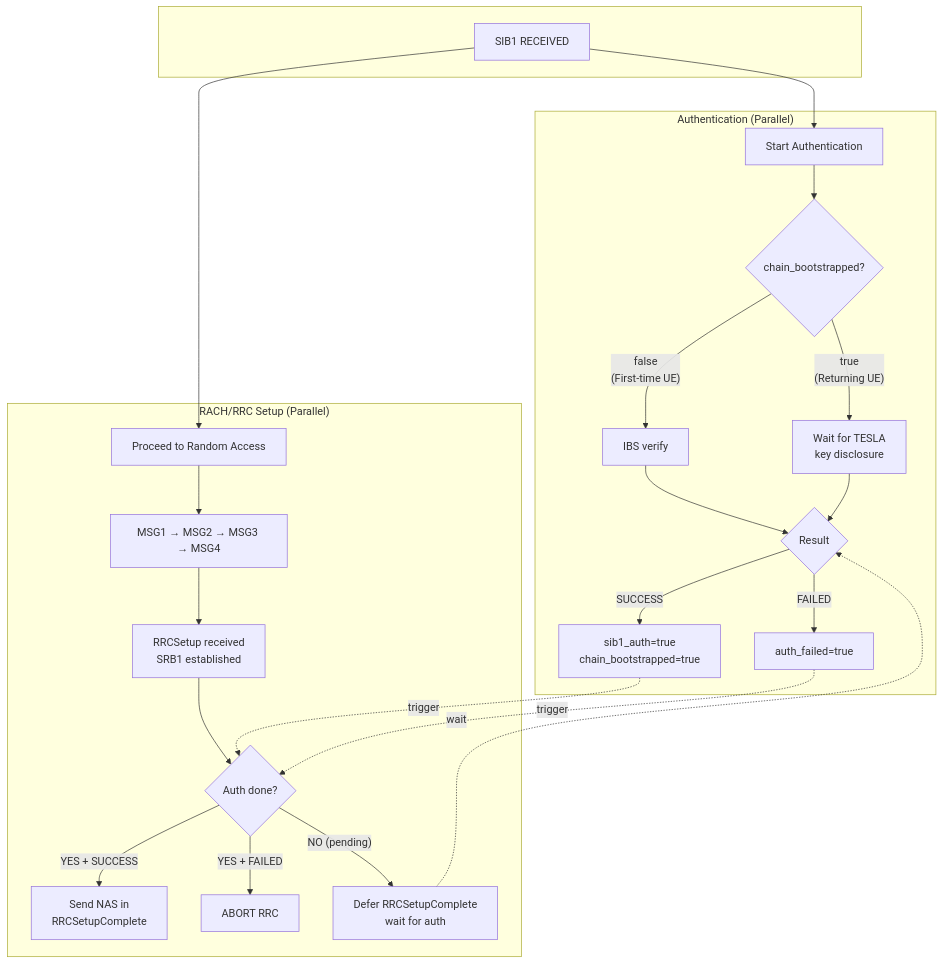
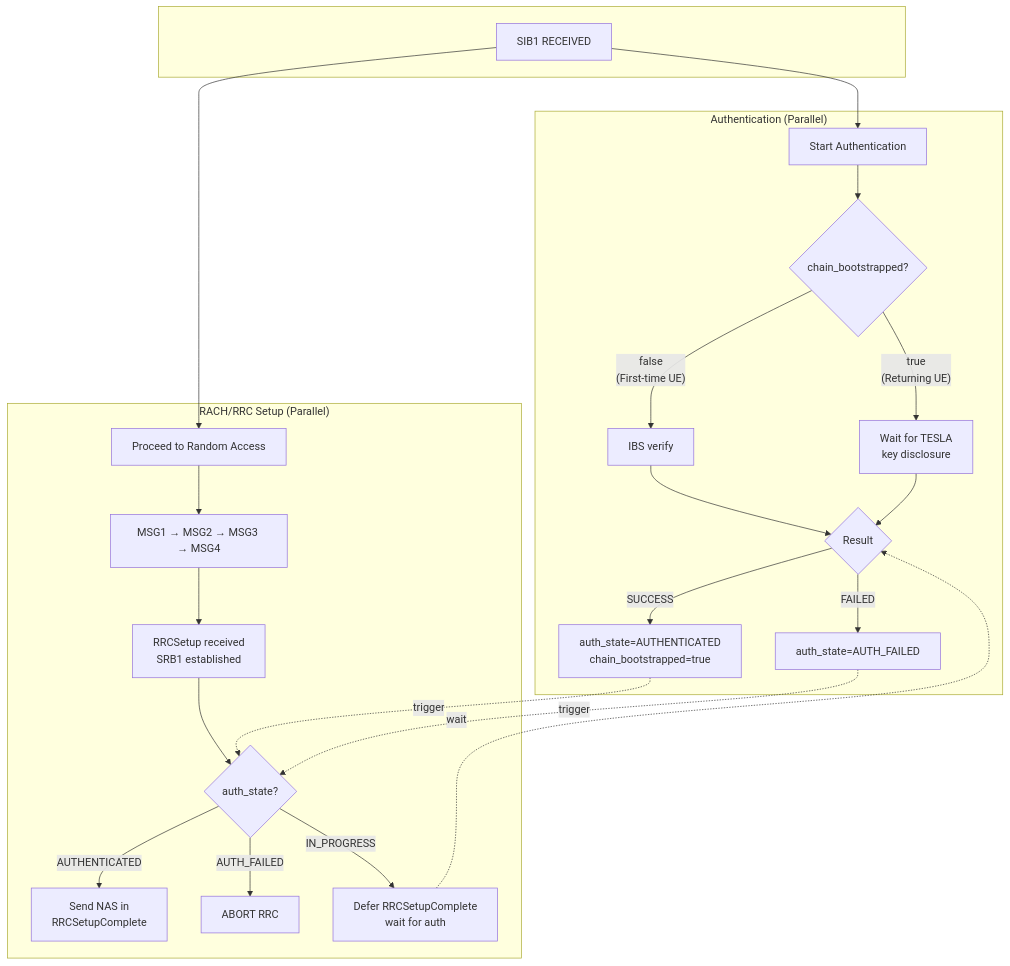
One commit to ssubinsong/oai-tf5 changed the diagram in doc-tf5/ue-implementation.md. Above: the diagram before and after it, drawn with Mermaid. The commit also changed other lines of this file and 2 other files, not shown here.

````diff
--- a/doc-tf5/ue-implementation.md
+++ b/doc-tf5/ue-implementation.md
@@ -69,35 +83,35 @@
 ```mermaid
 flowchart TB
     subgraph start[" "]
         SIB1["SIB1 RECEIVED"]
     end
 
     SIB1 --> AUTH
     SIB1 --> RACH
 
     subgraph left["Authentication (Parallel)"]
         AUTH["Start Authentication"]
         AUTH --> CHECK{"chain_bootstrapped?"}
         CHECK -->|"false<br/>(First-time UE)"| IBS["IBS verify"]
         CHECK -->|"true<br/>(Returning UE)"| TESLA["Wait for TESLA<br/>key disclosure"]
         IBS --> RESULT
         TESLA --> RESULT
         RESULT{"Result"}
-        RESULT -->|SUCCESS| SUCCESS["sib1_auth=true<br/>chain_bootstrapped=true"]
-        RESULT -->|FAILED| FAILED["auth_failed=true"]
+        RESULT -->|SUCCESS| SUCCESS["auth_state=AUTHENTICATED<br/>chain_bootstrapped=true"]
+        RESULT -->|FAILED| FAILED["auth_state=AUTH_FAILED"]
     end
 
     subgraph right["RACH/RRC Setup (Parallel)"]
         RACH["Proceed to Random Access"]
         RACH --> MSGS["MSG1 → MSG2 → MSG3 → MSG4"]
         MSGS --> RRCSETUP["RRCSetup received<br/>SRB1 established"]
-        RRCSETUP --> GATE{"Auth done?"}
-        GATE -->|"YES + SUCCESS"| NAS["Send NAS in<br/>RRCSetupComplete"]
-        GATE -->|"YES + FAILED"| ABORT["ABORT RRC"]
-        GATE -->|"NO (pending)"| DEFER["Defer RRCSetupComplete<br/>wait for auth"]
+        RRCSETUP --> GATE{"auth_state?"}
+        GATE -->|"AUTHENTICATED"| NAS["Send NAS in<br/>RRCSetupComplete"]
+        GATE -->|"AUTH_FAILED"| ABORT["ABORT RRC"]
+        GATE -->|"IN_PROGRESS"| DEFER["Defer RRCSetupComplete<br/>wait for auth"]
     end
 
     SUCCESS -.->|"trigger"| GATE
     FAILED -.->|"trigger"| GATE
     DEFER -.->|"wait"| RESULT
 ```
````
